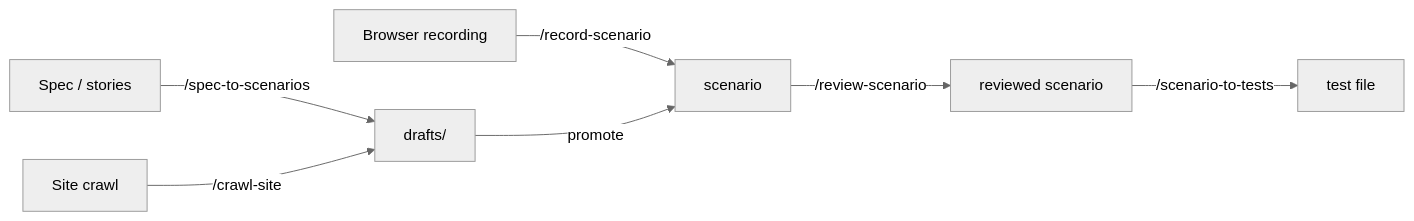
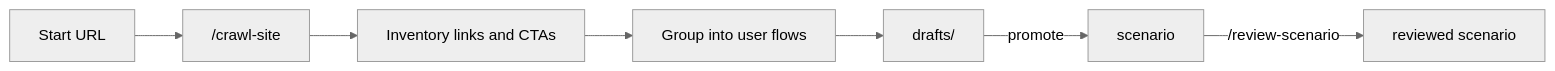
One commit to mattbobambrose/playwright-scenarios changed the fifth of 5 diagrams in website/playwright-scenarios/docs/workflow.md. Above: the diagram before and after it, drawn with Mermaid (neutral theme). The commit also changed other lines of this file and 6 other files, not shown here.

````diff
--- a/website/playwright-scenarios/docs/workflow.md
+++ b/website/playwright-scenarios/docs/workflow.md
@@ -11,9 +111,9 @@
-```mermaid
+``` mermaid
 graph LR
-    A[Spec / stories] -->|/spec-to-scenarios| D[drafts/]
-    B[Browser recording] -->|/record-scenario| E[scenario]
-    C[Site crawl] -->|/crawl-site| D
-    D -->|promote| E
-    E -->|/review-scenario| F[reviewed scenario]
-    F -->|/scenario-to-tests| G[test file]
+    A[Start URL] --> B["/crawl-site"]
+    B --> C[Inventory links and CTAs]
+    C --> D[Group into user flows]
+    D --> E["drafts/"]
+    E -->|promote| F[scenario]
+    F -->|"/review-scenario"| G[reviewed scenario]
 ```
````
